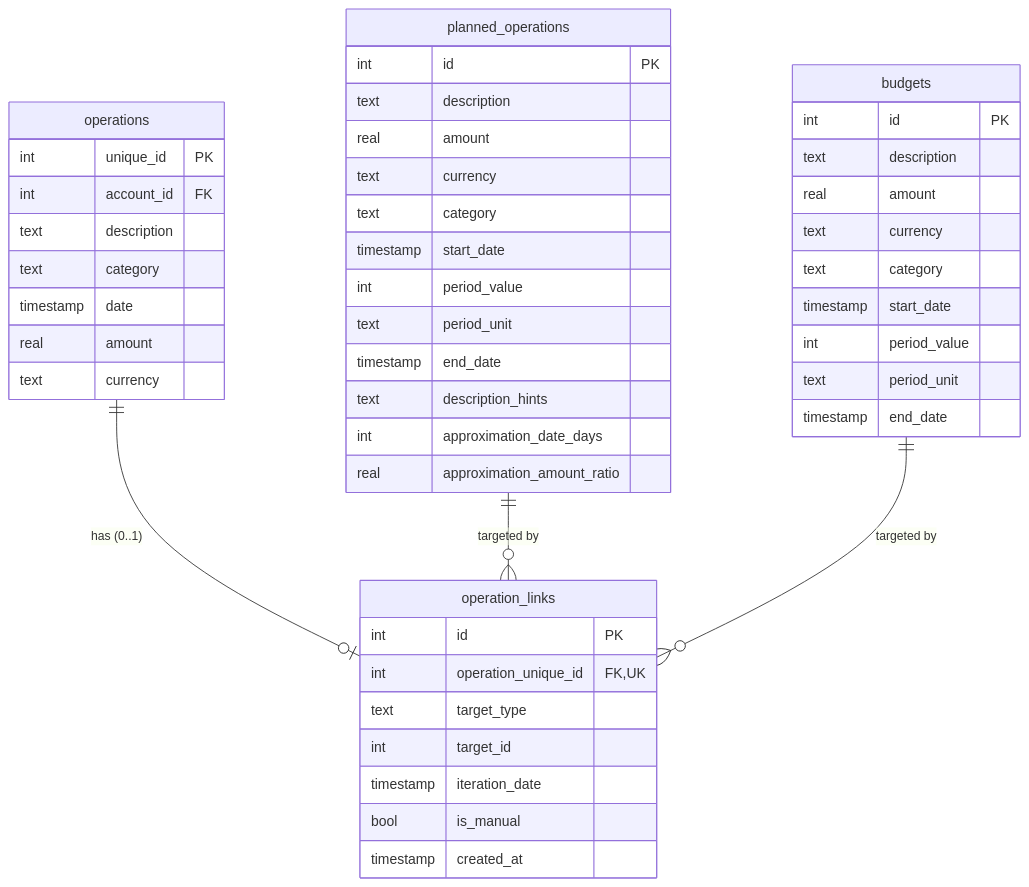
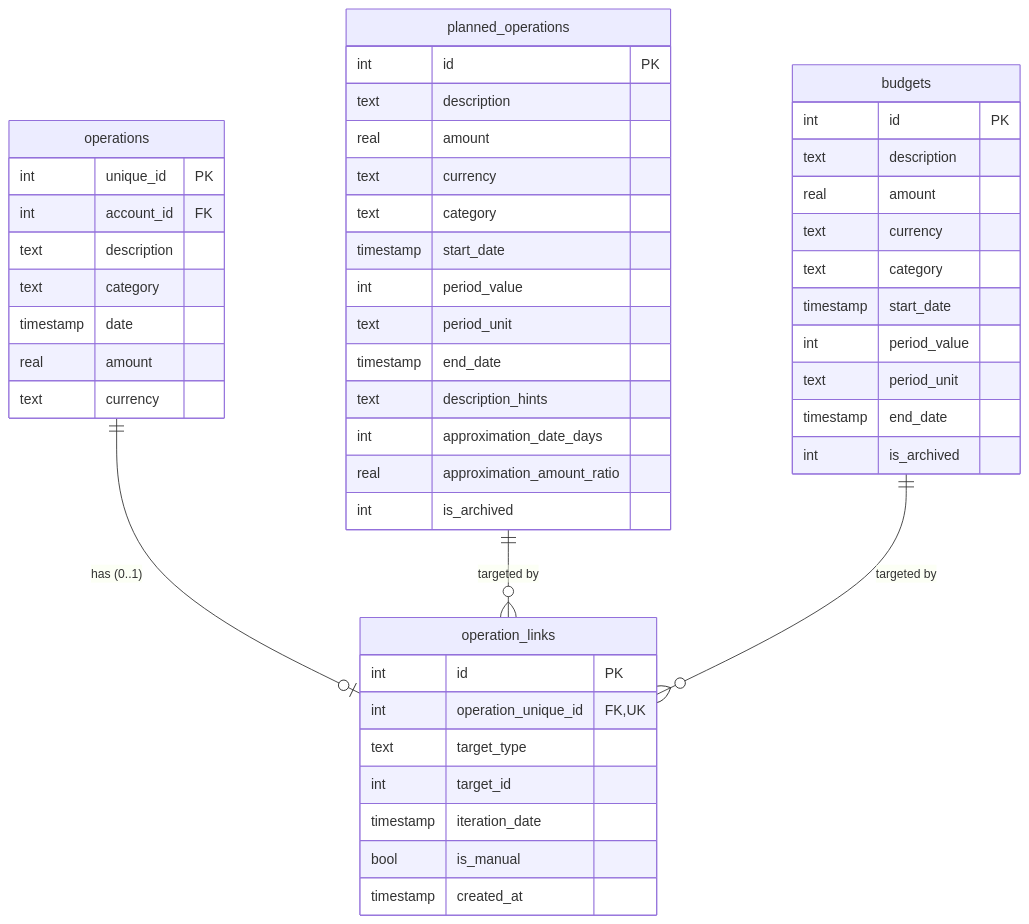
The second of 3 diagrams in docs/dev/persistence.md (corentin-core/budget-forecaster), drawn with Mermaid before and after one commit. The commit also changed 14 other files, not shown here.

````diff
--- a/docs/dev/persistence.md
+++ b/docs/dev/persistence.md
@@ -63,53 +63,55 @@
 ```mermaid
 erDiagram
     operations {
         int unique_id PK
         int account_id FK
         text description
         text category
         timestamp date
         real amount
         text currency
     }
 
     planned_operations {
         int id PK
         text description
         real amount
         text currency
         text category
         timestamp start_date
         int period_value
         text period_unit
         timestamp end_date
         text description_hints
         int approximation_date_days
         real approximation_amount_ratio
+        int is_archived
     }
 
     budgets {
         int id PK
         text description
         real amount
         text currency
         text category
         timestamp start_date
         int period_value
         text period_unit
         timestamp end_date
+        int is_archived
     }
 
     operation_links {
         int id PK
         int operation_unique_id FK,UK
         text target_type
         int target_id
         timestamp iteration_date
         bool is_manual
         timestamp created_at
     }
 
     operations ||--o| operation_links : "has (0..1)"
     planned_operations ||--o{ operation_links : "targeted by"
     budgets ||--o{ operation_links : "targeted by"
 ```
````
